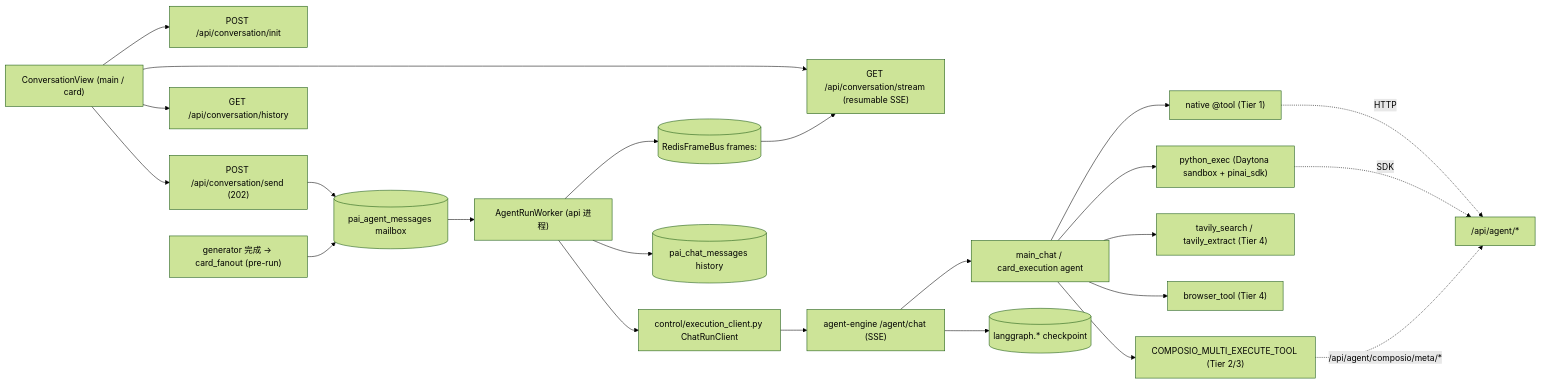
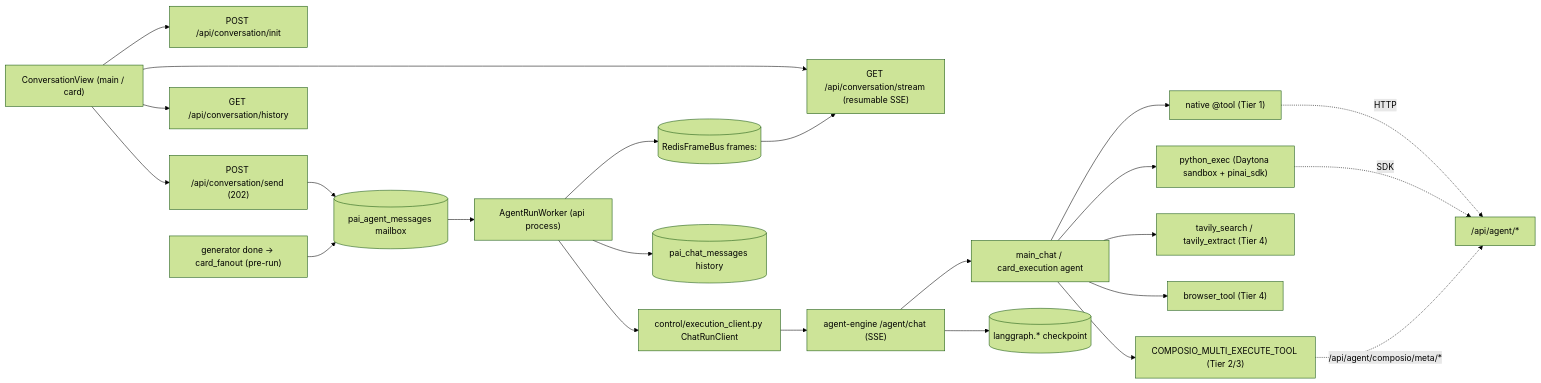
Before and after one commit to Edge-AI-HQ/proactive-assistant: the first of 2 diagrams in docs/modules/execution.mdx, drawn with Mermaid (forest theme). The commit also changed other lines of this file and 12 other files, not shown here.

````diff
--- a/docs/modules/execution.mdx
+++ b/docs/modules/execution.mdx
@@ -25,25 +25,25 @@
 ```mermaid
 flowchart LR
   UI["ConversationView (main / card)"] --> Init["POST /api/conversation/init"]
   UI --> Send["POST /api/conversation/send (202)"]
   UI --> Stream["GET /api/conversation/stream (resumable SSE)"]
   UI --> Hist["GET /api/conversation/history"]
   Send --> Mailbox[("pai_agent_messages mailbox")]
-  Mailbox --> Worker["AgentRunWorker (api 进程)"]
-  Gen["generator 完成 → card_fanout (pre-run)"] --> Mailbox
+  Mailbox --> Worker["AgentRunWorker (api process)"]
+  Gen["generator done → card_fanout (pre-run)"] --> Mailbox
   Worker --> Client["control/execution_client.py ChatRunClient"]
   Client --> Chat["agent-engine /agent/chat (SSE)"]
   Chat --> Agent["main_chat / card_execution agent"]
   Agent --> Native["native @tool (Tier 1)"]
   Agent --> Composio["COMPOSIO_MULTI_EXECUTE_TOOL (Tier 2/3)"]
   Agent --> Tavily["tavily_search / tavily_extract (Tier 4)"]
   Agent --> Browser["browser_tool (Tier 4)"]
   Agent --> PyExec["python_exec (Daytona sandbox + pinai_sdk)"]
   Native -. HTTP .-> WebAgent["/api/agent/*"]
   PyExec -. SDK .-> WebAgent
   Composio -. /api/agent/composio/meta/* .-> WebAgent
   Worker --> Bus[("RedisFrameBus frames:<session>")]
   Bus --> Stream
   Worker --> Msgs[("pai_chat_messages history")]
   Chat --> Cp[("langgraph.* checkpoint")]
 ```
````
